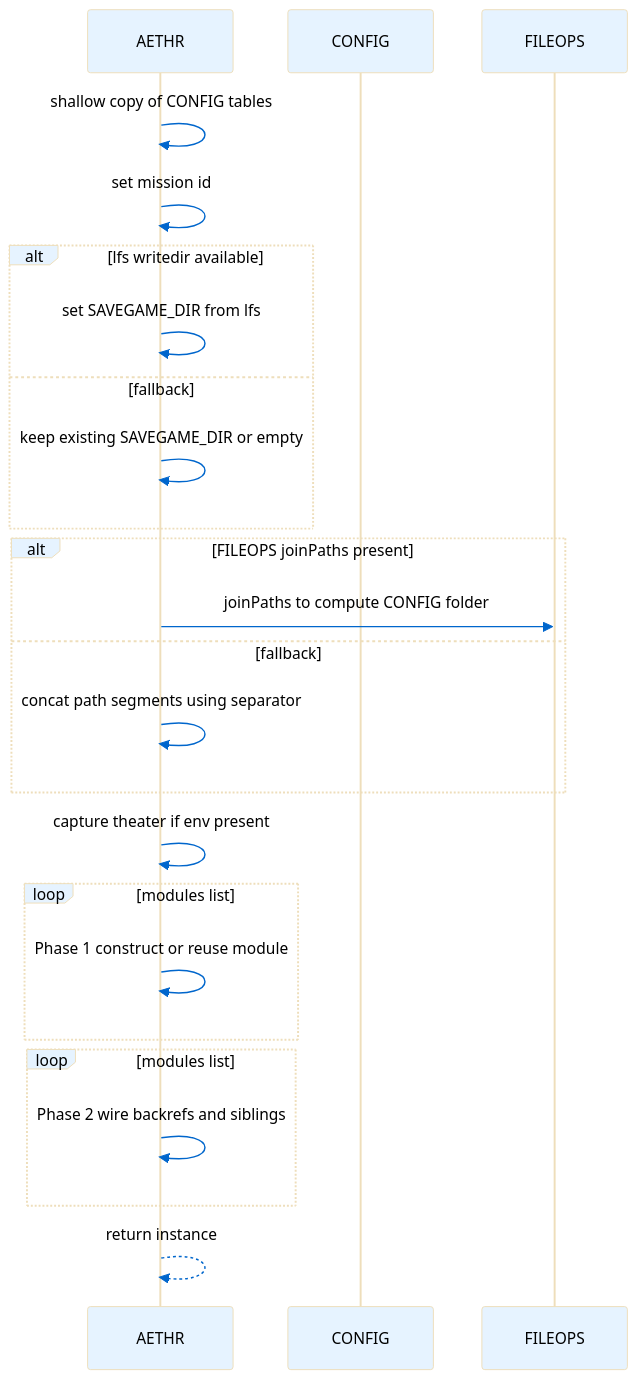
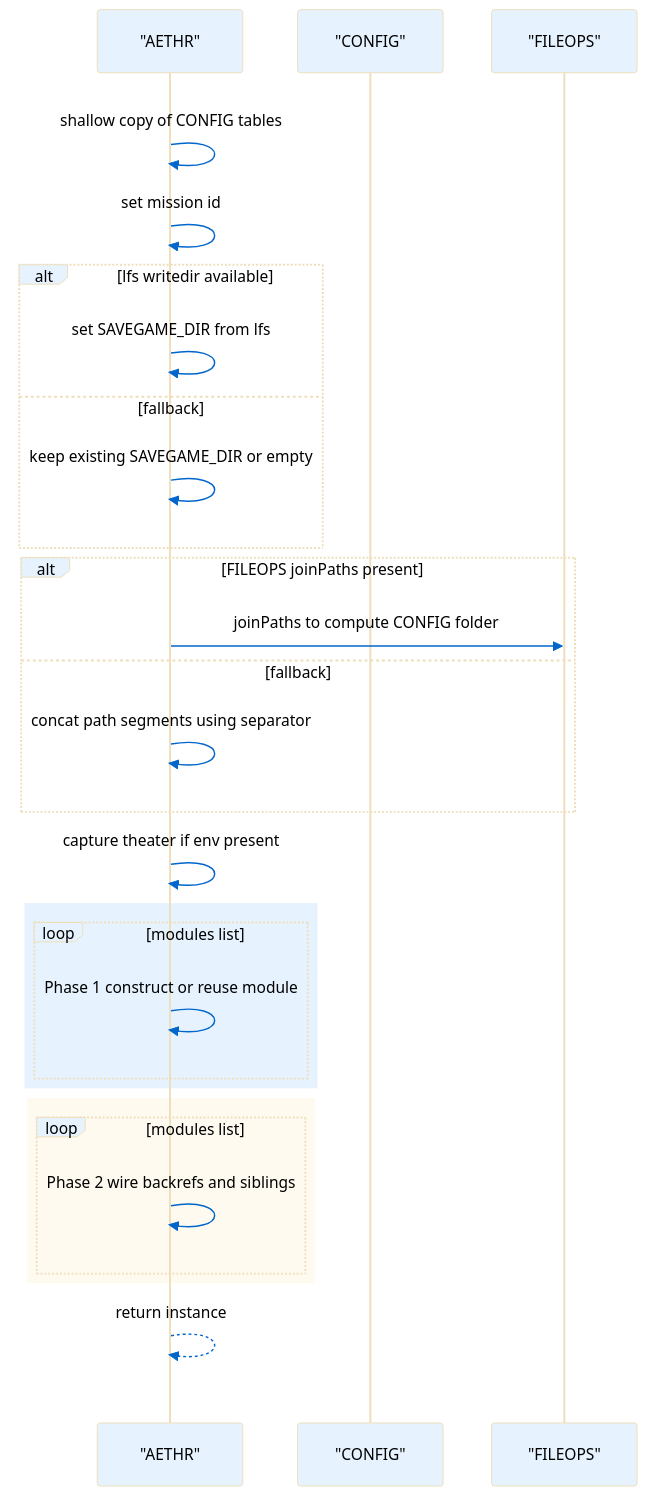
The second of 2 diagrams in docs/aethr/instance_creation.md (Gh0st352/AETHR), drawn with Mermaid before and after one commit. The commit also changed other lines of this file and 6 other files, not shown here.

First line of the commit message:
Refactor documentation with enhanced flowcharts and sequence diagrams

````diff
--- a/docs/aethr/instance_creation.md
+++ b/docs/aethr/instance_creation.md
@@ -70,28 +81,40 @@
 ```mermaid
-%%{init: {"theme":"base","themeVariables":{"actorBkg":"#e6f3ff","actorTextColor":"#000","lineColor":"#495057","signalColor":"#0066cc","signalTextColor":"#000","fontSize":"14px"}}}%%
+%%{init: {"theme":"base","themeVariables":{"actorBkg":"#e6f3ff","actorTextColor":"#000000ff","lineColor":"#495057","signalColor":"#0066cc","signalTextColor":"#000000ff","textColor":"#e9ecef","fontSize":"14px"}}}%%
 sequenceDiagram
-  participant A as AETHR
-  participant C as CONFIG
-  participant F as FILEOPS
+  rect rgba(255,255,255,0.75)
+    participant A as "AETHR"
+    participant C as "CONFIG"
+    participant F as "FILEOPS"
 
-  A->>A: shallow copy of CONFIG tables
-  A->>A: set mission id
-  alt lfs writedir available
-    A->>A: set SAVEGAME_DIR from lfs
-  else fallback
-    A->>A: keep existing SAVEGAME_DIR or empty
+    A->>A: shallow copy of CONFIG tables
+    A->>A: set mission id
+
+    alt lfs writedir available
+      A->>A: set SAVEGAME_DIR from lfs
+    else fallback
+      A->>A: keep existing SAVEGAME_DIR or empty
+    end
+
+    alt FILEOPS joinPaths present
+      A->>F: joinPaths to compute CONFIG folder
+    else fallback
+      A->>A: concat path segments using separator
+    end
+
+    A->>A: capture theater if env present
+
+    rect rgb(230,243,255)
+      loop modules list
+        A->>A: Phase 1 construct or reuse module
+      end
+    end
+
+    rect rgb(255,250,240)
+      loop modules list
+        A->>A: Phase 2 wire backrefs and siblings
+      end
+    end
+
+    A-->>A: return instance
   end
-  alt FILEOPS joinPaths present
-    A->>F: joinPaths to compute CONFIG folder
-  else fallback
-    A->>A: concat path segments using separator
-  end
-  A->>A: capture theater if env present
-  loop modules list
-    A->>A: Phase 1 construct or reuse module
-  end
-  loop modules list
-    A->>A: Phase 2 wire backrefs and siblings
-  end
-  A-->>A: return instance
 ```
````
